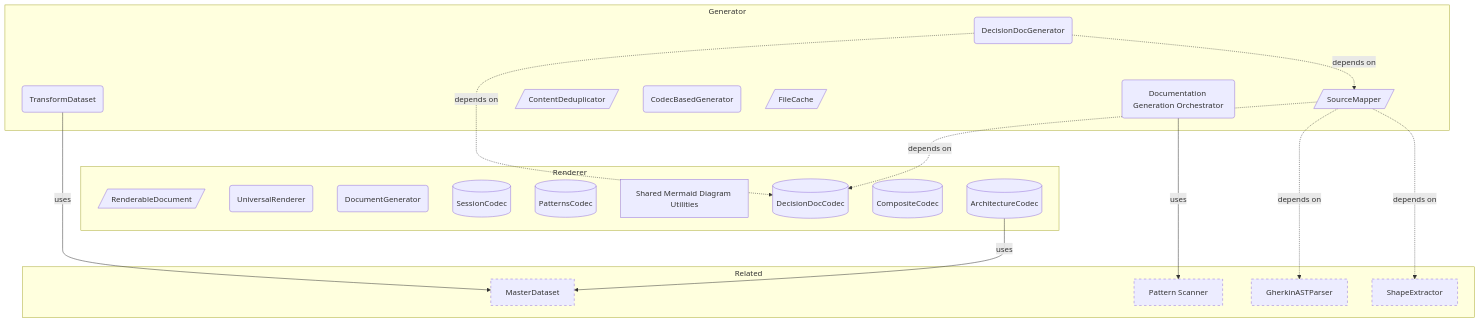
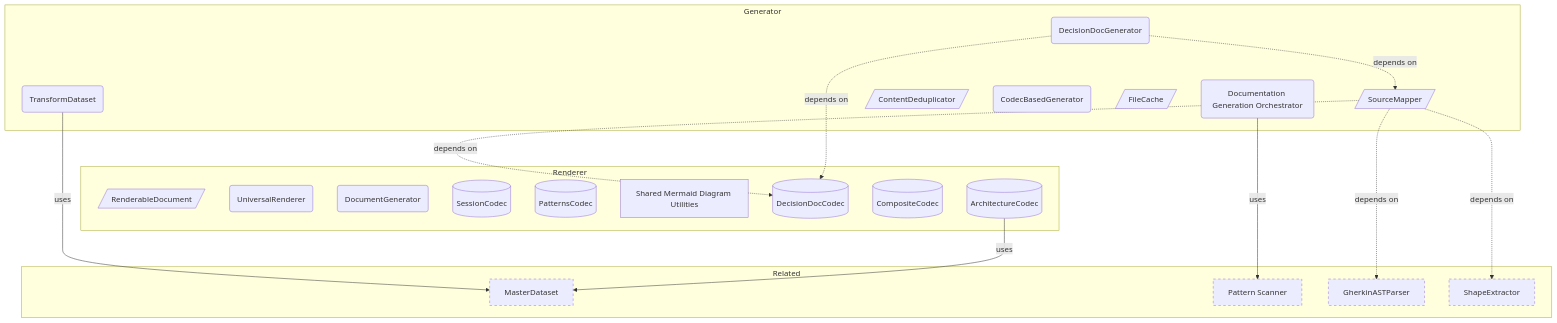
The diagram in docs-live/product-areas/GENERATION.md (libar-dev/architect), drawn with Mermaid before and after one commit. The commit also changed other lines of this file and 219 other files, not shown here.

````diff
--- a/docs-live/product-areas/GENERATION.md
+++ b/docs-live/product-areas/GENERATION.md
@@ -22,38 +22,38 @@
 ```mermaid
 graph TB
     subgraph generator["Generator"]
         SourceMapper[/"SourceMapper"/]
         Documentation_Generation_Orchestrator("Documentation Generation Orchestrator")
         ContentDeduplicator[/"ContentDeduplicator"/]
         CodecBasedGenerator("CodecBasedGenerator")
         FileCache[/"FileCache"/]
         TransformDataset("TransformDataset")
         DecisionDocGenerator("DecisionDocGenerator")
     end
     subgraph renderer["Renderer"]
         RenderableDocument[/"RenderableDocument"/]
         UniversalRenderer("UniversalRenderer")
         DocumentGenerator("DocumentGenerator")
         SessionCodec[("SessionCodec")]
         PatternsCodec[("PatternsCodec")]
         Shared_Mermaid_Diagram_Utilities["Shared Mermaid Diagram Utilities"]
         DecisionDocCodec[("DecisionDocCodec")]
         CompositeCodec[("CompositeCodec")]
         ArchitectureCodec[("ArchitectureCodec")]
     end
     subgraph related["Related"]
         MasterDataset["MasterDataset"]:::neighbor
         Pattern_Scanner["Pattern Scanner"]:::neighbor
         GherkinASTParser["GherkinASTParser"]:::neighbor
         ShapeExtractor["ShapeExtractor"]:::neighbor
     end
     SourceMapper -.->|depends on| DecisionDocCodec
     SourceMapper -.->|depends on| ShapeExtractor
     SourceMapper -.->|depends on| GherkinASTParser
     Documentation_Generation_Orchestrator -->|uses| Pattern_Scanner
-    ArchitectureCodec -->|uses| MasterDataset
     TransformDataset -->|uses| MasterDataset
     DecisionDocGenerator -.->|depends on| DecisionDocCodec
     DecisionDocGenerator -.->|depends on| SourceMapper
+    ArchitectureCodec -->|uses| MasterDataset
     classDef neighbor stroke-dasharray: 5 5
 ```
````
